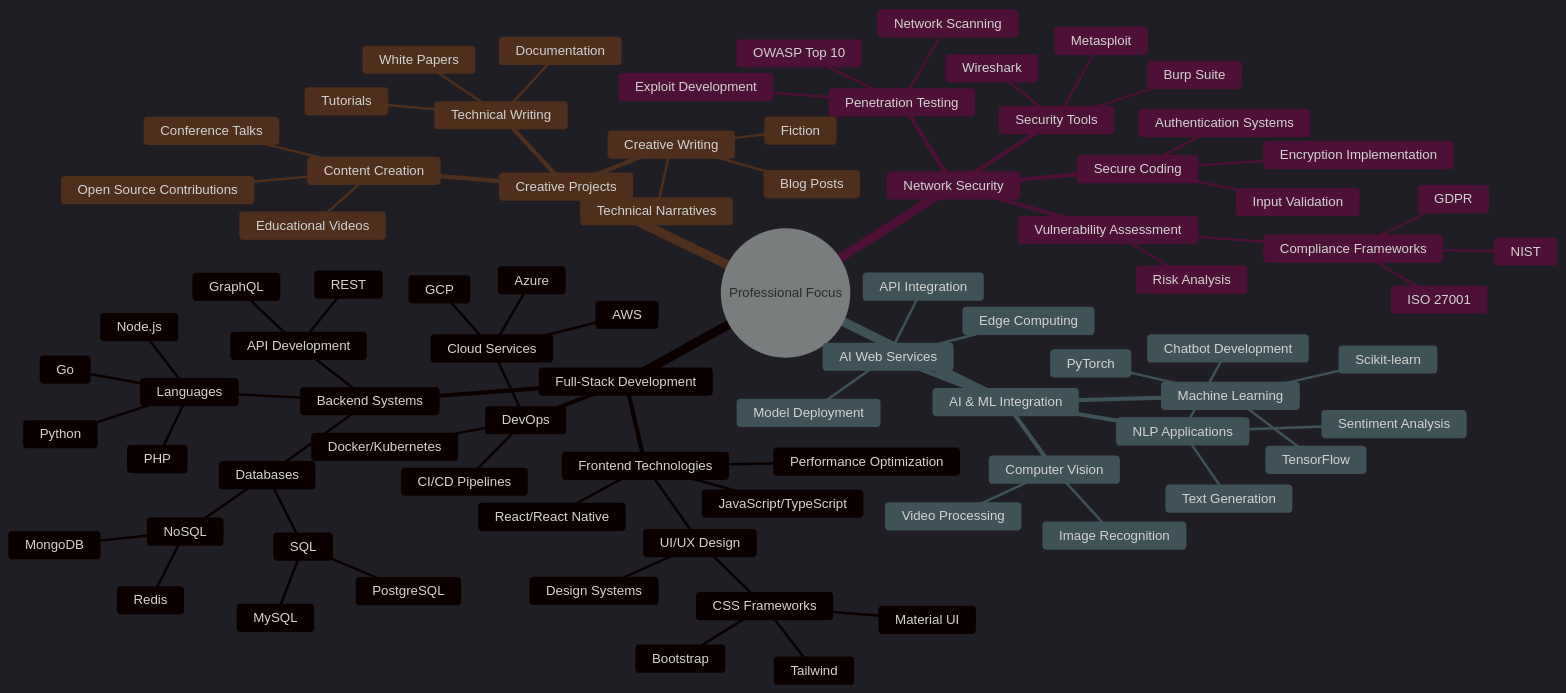
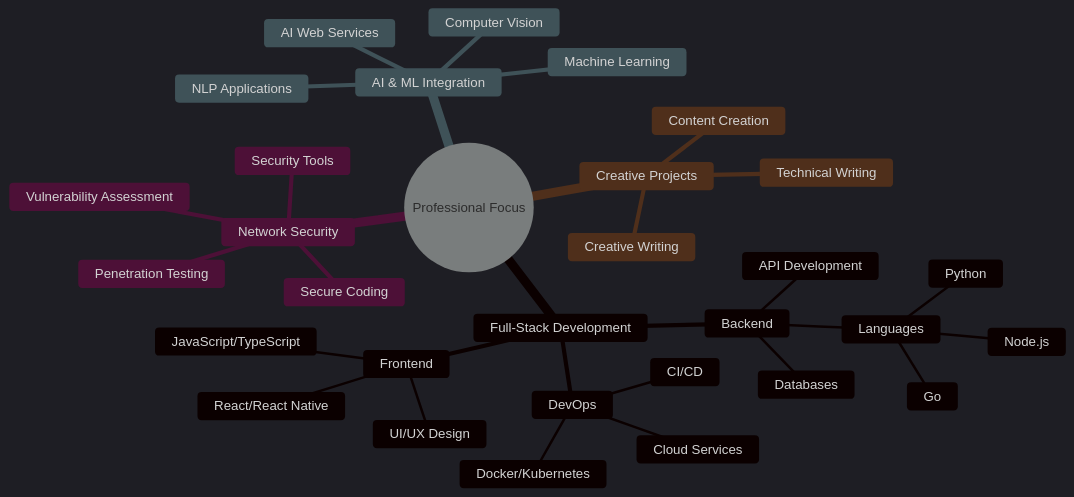
One commit to awiones/awiones changed the diagram in README.md. Above: the diagram before and after it, drawn with Mermaid. The commit also changed other lines of this file, not shown here.

````diff
--- a/README.md
+++ b/README.md
@@ -204,85 +126,33 @@
 mindmap
   root((Professional Focus))
     Full-Stack Development
-      Frontend Technologies
+      Frontend
         React/React Native
         JavaScript/TypeScript
         UI/UX Design
-          CSS Frameworks
-            Tailwind
-            Bootstrap
-            Material UI
-          Design Systems
-        Performance Optimization
-      Backend Systems
+      Backend
         API Development
-          REST
-          GraphQL
         Languages
           Node.js
           Python
-          PHP
           Go
         Databases
-          SQL
-            PostgreSQL
-            MySQL
-          NoSQL
-            MongoDB
-            Redis
       DevOps
-        CI/CD Pipelines
+        CI/CD
         Docker/Kubernetes
         Cloud Services
-          AWS
-          Azure
-          GCP
     Network Security
       Penetration Testing
-        OWASP Top 10
-        Network Scanning
-        Exploit Development
       Vulnerability Assessment
-        Risk Analysis
-        Compliance Frameworks
-          ISO 27001
-          NIST
-          GDPR
       Security Tools
-        Wireshark
-        Metasploit
-        Burp Suite
       Secure Coding
-        Input Validation
-        Authentication Systems
-        Encryption Implementation
     AI & ML Integration
       Machine Learning
-        TensorFlow
-        PyTorch
-        Scikit-learn
       NLP Applications
-        Chatbot Development
-        Sentiment Analysis
-        Text Generation
       Computer Vision
-        Image Recognition
-        Video Processing
       AI Web Services
-        API Integration
-        Model Deployment
-        Edge Computing
     Creative Projects
       Technical Writing
-        Documentation
-        Tutorials
-        White Papers
       Creative Writing
-        Fiction
-        Blog Posts
-        Technical Narratives
       Content Creation
-        Educational Videos
-        Conference Talks
-        Open Source Contributions
 ```
````
